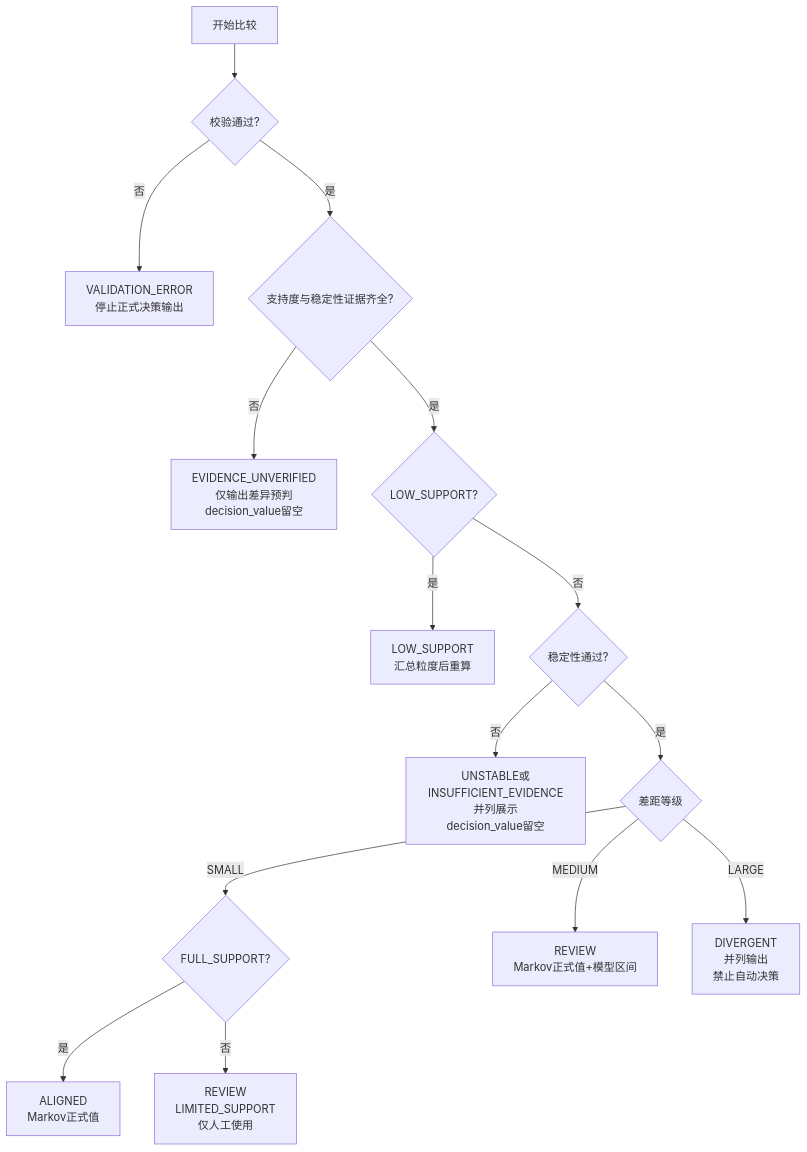
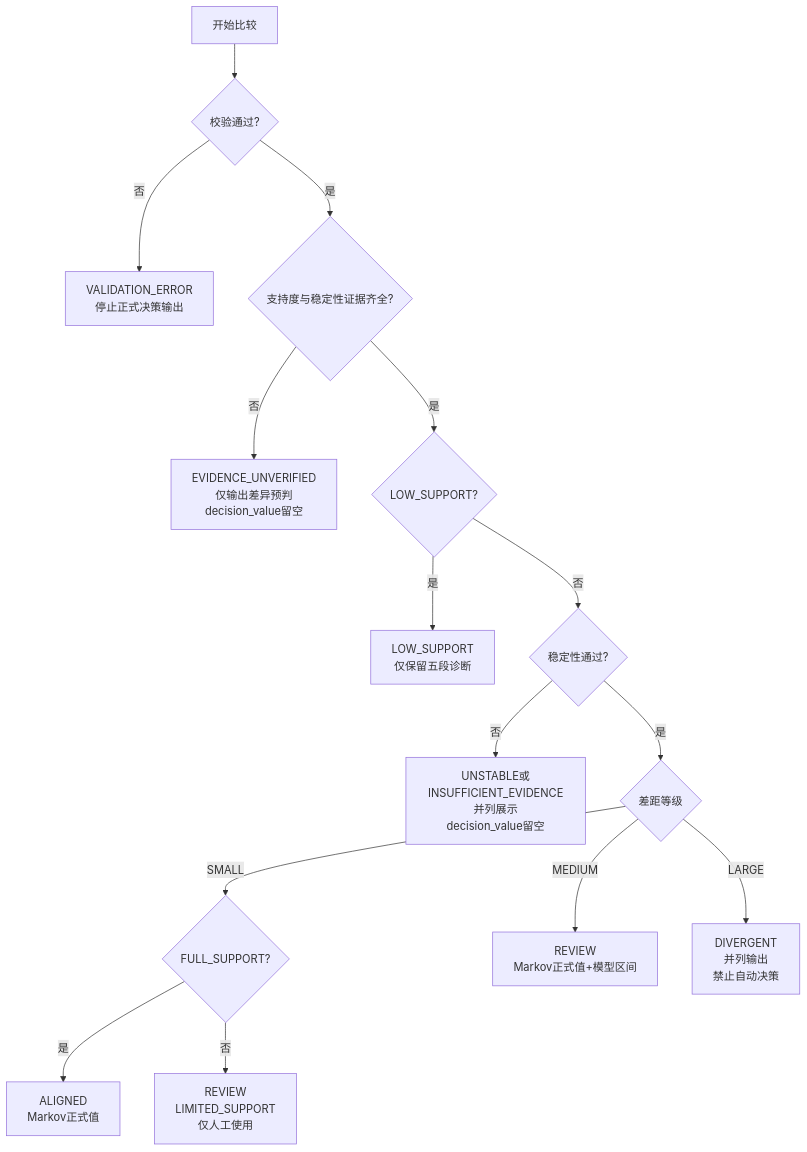
Before and after one commit to Trance-0/MTA-strategy-optimizer: the diagram in modules/amc_mta/docs/model-comparison-governance.md, drawn with Mermaid. The commit also changed other lines of this file and 19 other files, not shown here.

````diff
--- a/modules/amc_mta/docs/model-comparison-governance.md
+++ b/modules/amc_mta/docs/model-comparison-governance.md
@@ -374,17 +364,17 @@
 ```mermaid
 flowchart TD
     A[开始比较] --> B{校验通过?}
     B -- 否 --> V[VALIDATION_ERROR<br/>停止正式决策输出]
     B -- 是 --> X{支持度与稳定性证据齐全?}
     X -- 否 --> Q[EVIDENCE_UNVERIFIED<br/>仅输出差异预判<br/>decision_value留空]
     X -- 是 --> C{LOW_SUPPORT?}
-    C -- 是 --> L[LOW_SUPPORT<br/>汇总粒度后重算]
+    C -- 是 --> L[LOW_SUPPORT<br/>仅保留五段诊断]
     C -- 否 --> D{稳定性通过?}
     D -- 否 --> U[UNSTABLE或INSUFFICIENT_EVIDENCE<br/>并列展示<br/>decision_value留空]
     D -- 是 --> E{差距等级}
     E -- SMALL --> F{FULL_SUPPORT?}
     F -- 是 --> S[ALIGNED<br/>Markov正式值]
     F -- 否 --> RL[REVIEW<br/>LIMITED_SUPPORT<br/>仅人工使用]
     E -- MEDIUM --> R[REVIEW<br/>Markov正式值+模型区间]
     E -- LARGE --> G[DIVERGENT<br/>并列输出<br/>禁止自动决策]
 ```
````
